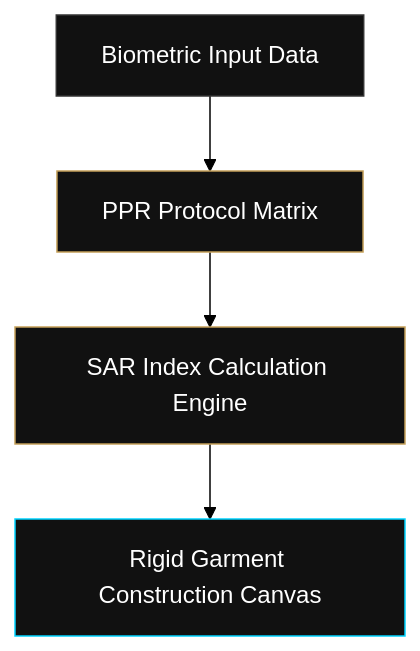
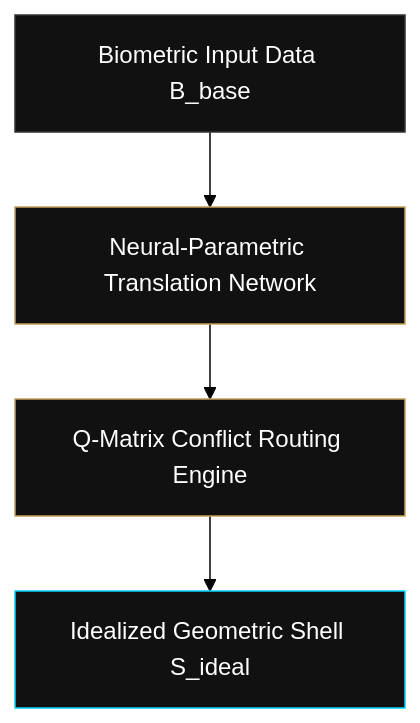
One commit to aeternal-luxury/aeternal-parametric-core changed the diagram in README.md. Above: the diagram before and after it, drawn with Mermaid (forest theme). The commit also changed other lines of this file, not shown here.

````diff
--- a/README.md
+++ b/README.md
@@ -34,10 +31,10 @@
 ```mermaid
 graph TD
-    A[Biometric Input Data] --> B[PPR Protocol Matrix]
-    B --> C[SAR Index Calculation Engine]
-    C --> D[Rigid Garment Construction Canvas]
+    A[Biometric Input Data B_base] --> B[Neural-Parametric Translation Network]
+    B --> C[Q-Matrix Conflict Routing Engine]
+    C --> D[Idealized Geometric Shell S_ideal]
     style A fill:#111,stroke:#333,stroke-width:1px,color:#fff
     style B fill:#111,stroke:#c5a059,stroke-width:1px,color:#fff
     style C fill:#111,stroke:#c5a059,stroke-width:1px,color:#fff
     style D fill:#111,stroke:#00D4FF,stroke-width:1px,color:#fff
 ```
````
